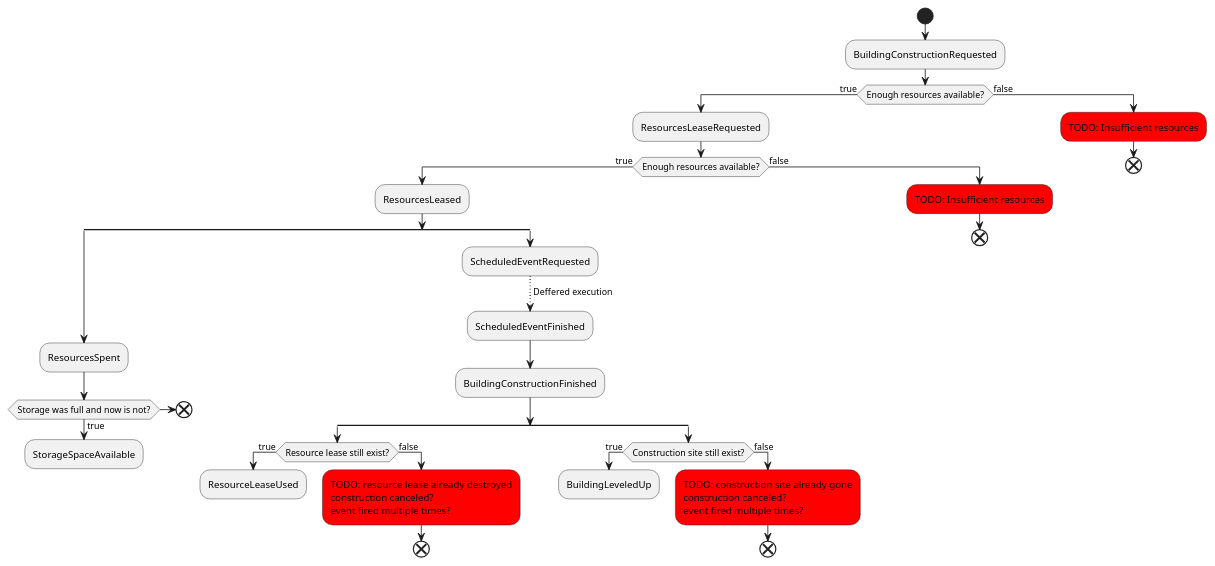
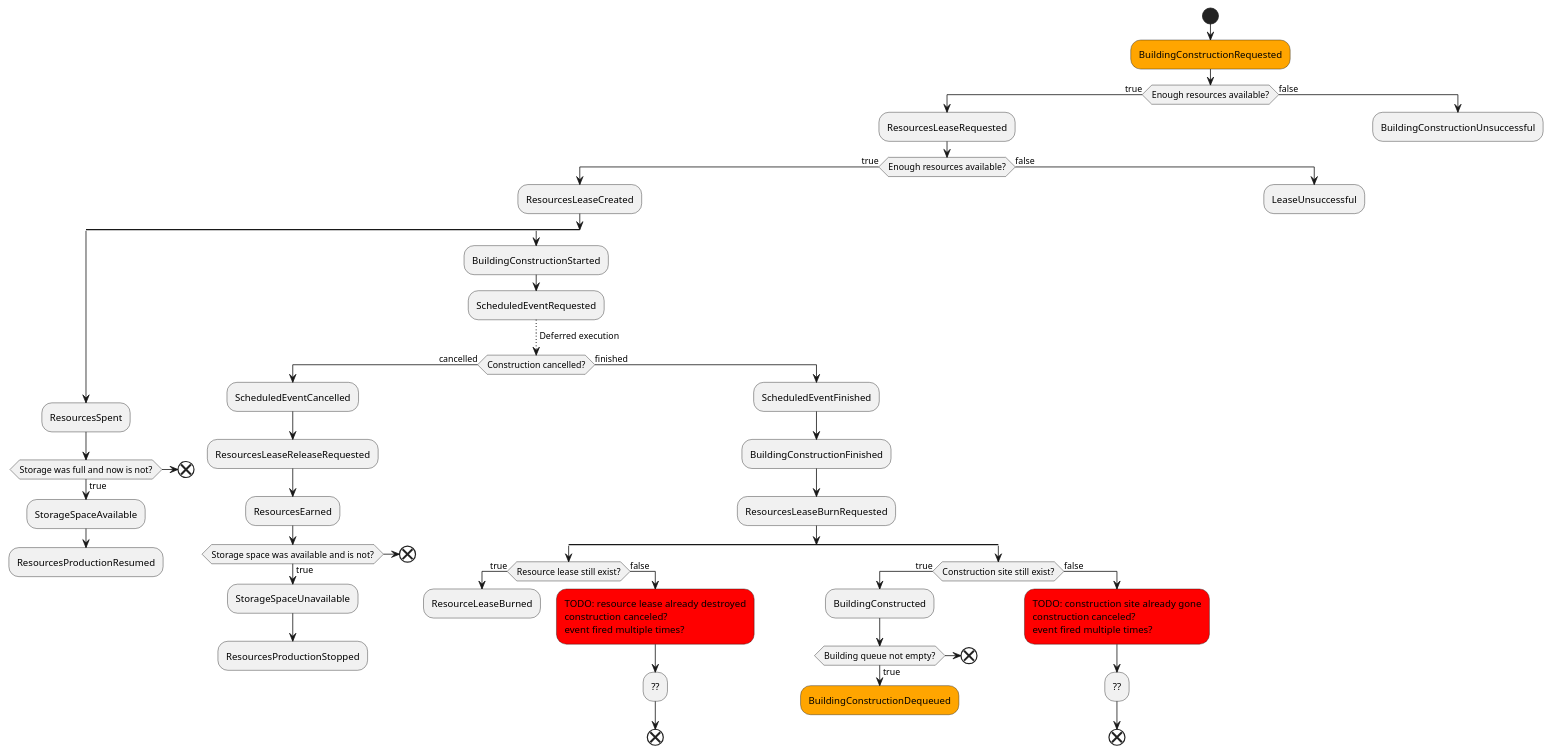
Before and after one commit to tomekbielaszewski/ogame-clone: the diagram in docs/building-construction-flow.puml, drawn with PlantUML.

Commit message:
Construction flow diagram revisited - introduced orange commands and updated the whole flow according to event storming

```diff
--- a/docs/building-construction-flow.puml
+++ b/docs/building-construction-flow.puml
@@ -1,58 +1,81 @@
 @startuml
 
 start
 
-:BuildingConstructionRequested;
+#orange:BuildingConstructionRequested;
 
 if (Enough resources available?) then (true)
     :ResourcesLeaseRequested;
     if (Enough resources available?) then (true)
-        :ResourcesLeased;
+        :ResourcesLeaseCreated;
         split
             :ResourcesSpent;
             if(Storage was full and now is not?) then (true)
                 :StorageSpaceAvailable;
+                :ResourcesProductionResumed;
                 detach
             else
                 end
             endif
         split again
+            :BuildingConstructionStarted;
             :ScheduledEventRequested;
-            -[dotted]-> Deffered execution;
-            :ScheduledEventFinished;
-            :BuildingConstructionFinished;
-            split
-                if (Resource lease still exist?) then (true)
-                    :ResourceLeaseUsed;
+            -[dotted]-> Deferred execution;
+            if(Construction cancelled?) then (cancelled)
+                :ScheduledEventCancelled;
+                :ResourcesLeaseReleaseRequested;
+                :ResourcesEarned;
+                if(Storage space was available and is not?) then (true)
+                    :StorageSpaceUnavailable;
+                    :ResourcesProductionStopped;
                     detach
-                else (false)
-                    #red:TODO: resource lease already destroyed
-                    construction canceled?
-                    event fired multiple times?;
+                else
                     end
                 endif
-            split again
-                if (Construction site still exist?) then (true)
-                    :BuildingLeveledUp;
-                    detach
-                else (false)
-                    #red:TODO: construction site already gone
-                    construction canceled?
-                    event fired multiple times?;
-                    end
-                endif
-            end split
+            else (finished)
+                :ScheduledEventFinished;
+                :BuildingConstructionFinished;
+                :ResourcesLeaseBurnRequested;
+                split
+                    if (Resource lease still exist?) then (true)
+                        :ResourceLeaseBurned;
+                        detach
+                    else (false)
+                        #red:TODO: resource lease already destroyed
+                        construction canceled?
+                        event fired multiple times?;
+                        :??;
+                        end
+                    endif
+                split again
+                    if (Construction site still exist?) then (true)
+                        :BuildingConstructed;
+                        if (Building queue not empty?) then (true)
+                            #orange:BuildingConstructionDequeued;
+                            detach
+                        else
+                            end
+                        endif
+                    else (false)
+                        #red:TODO: construction site already gone
+                        construction canceled?
+                        event fired multiple times?;
+                        :??;
+                        end
+                    endif
+                end split
+            endif
         end split
     else (false)
-        #red:TODO: Insufficient resources;
-        end
+        :LeaseUnsuccessful;
+        detach
     endif
 else (false)
-    #red:TODO: Insufficient resources;
-    end
+    :BuildingConstructionUnsuccessful;
+    detach
 endif
 
 
 
 
 @enduml
```
